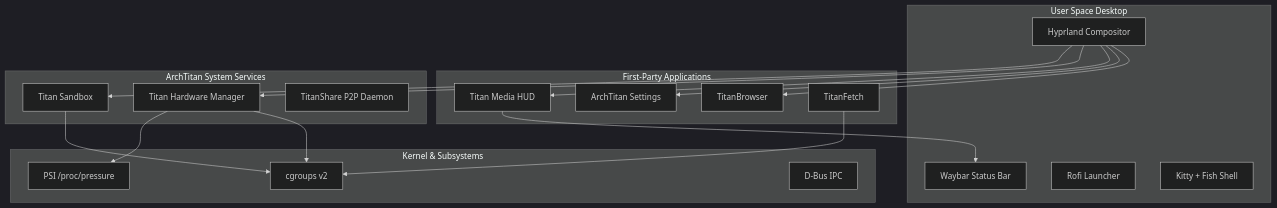
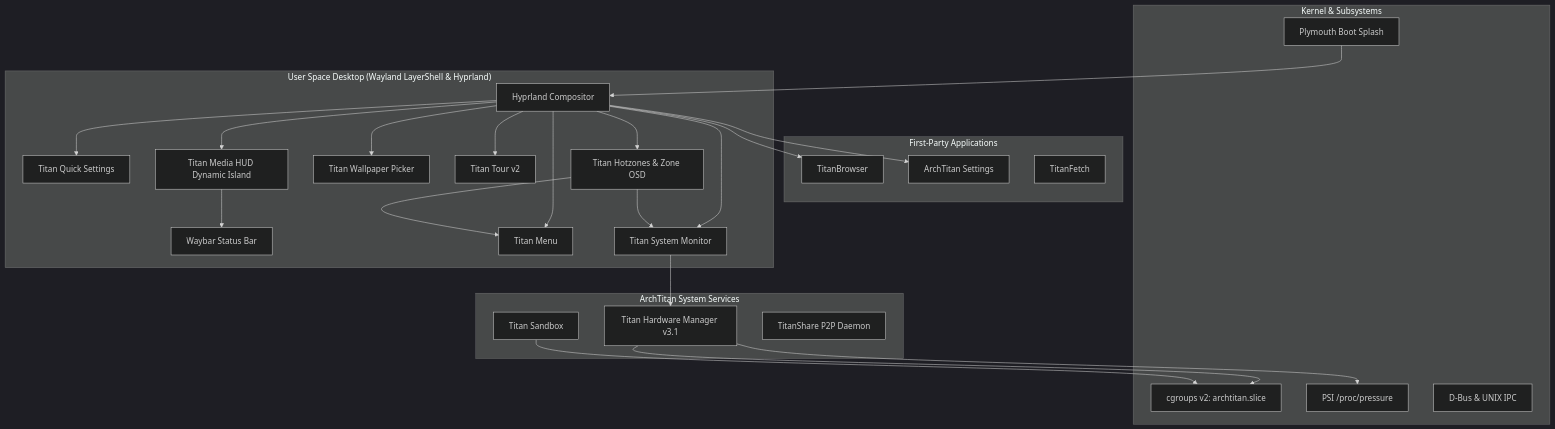
The diagram in wiki/Home.md (GitGuru29/ArchTitan-OS), drawn with Mermaid (dark theme) before and after one commit. The commit also changed other lines of this file and 9 other files, not shown here.

Commit message:
docs(wiki): update subsystem documentation, boot ceremony, and desktop guides

````diff
--- a/wiki/Home.md
+++ b/wiki/Home.md
@@ -53,39 +57,51 @@
 ```mermaid
 graph TB
-    subgraph User["User Space Desktop"]
+    subgraph User["User Space Desktop (Wayland LayerShell & Hyprland)"]
         H[Hyprland Compositor]
         W[Waybar Status Bar]
-        R[Rofi Launcher]
-        K[Kitty + Fish Shell]
+        TQ[Titan Quick Settings]
+        TM[Titan Menu]
+        TSM[Titan System Monitor]
+        THZ[Titan Hotzones & Zone OSD]
+        TWP[Titan Wallpaper Picker]
+        TT[Titan Tour v2]
+        HUD[Titan Media HUD Dynamic Island]
     end
 
     subgraph Apps["First-Party Applications"]
         TB[TitanBrowser]
         TS_GUI[ArchTitan Settings]
-        HUD[Titan Media HUD]
         TF[TitanFetch]
     end
 
     subgraph ArchTitan["ArchTitan System Services"]
-        THM[Titan Hardware Manager]
+        THM[Titan Hardware Manager v3.1]
         TS[Titan Sandbox]
         TSS[TitanShare P2P Daemon]
     end
 
     subgraph Kernel["Kernel & Subsystems"]
-        CG[cgroups v2]
+        CG[cgroups v2: archtitan.slice]
         PSI[PSI /proc/pressure]
-        DB[D-Bus IPC]
+        PLY[Plymouth Boot Splash]
+        DB[D-Bus & UNIX IPC]
     end
 
+    H --> TQ
+    H --> TM
+    H --> TSM
+    H --> THZ
+    H --> TWP
+    H --> TT
+    H --> HUD
     H --> TB
     H --> TS_GUI
-    H --> HUD
-    H --> THM
-    H --> TS
+    THZ --> TSM
+    THZ --> TM
     HUD --> W
+    TSM --> THM
     THM --> CG
     THM --> PSI
     TS --> CG
-    TF --> CG
+    PLY --> H
 ```
````
